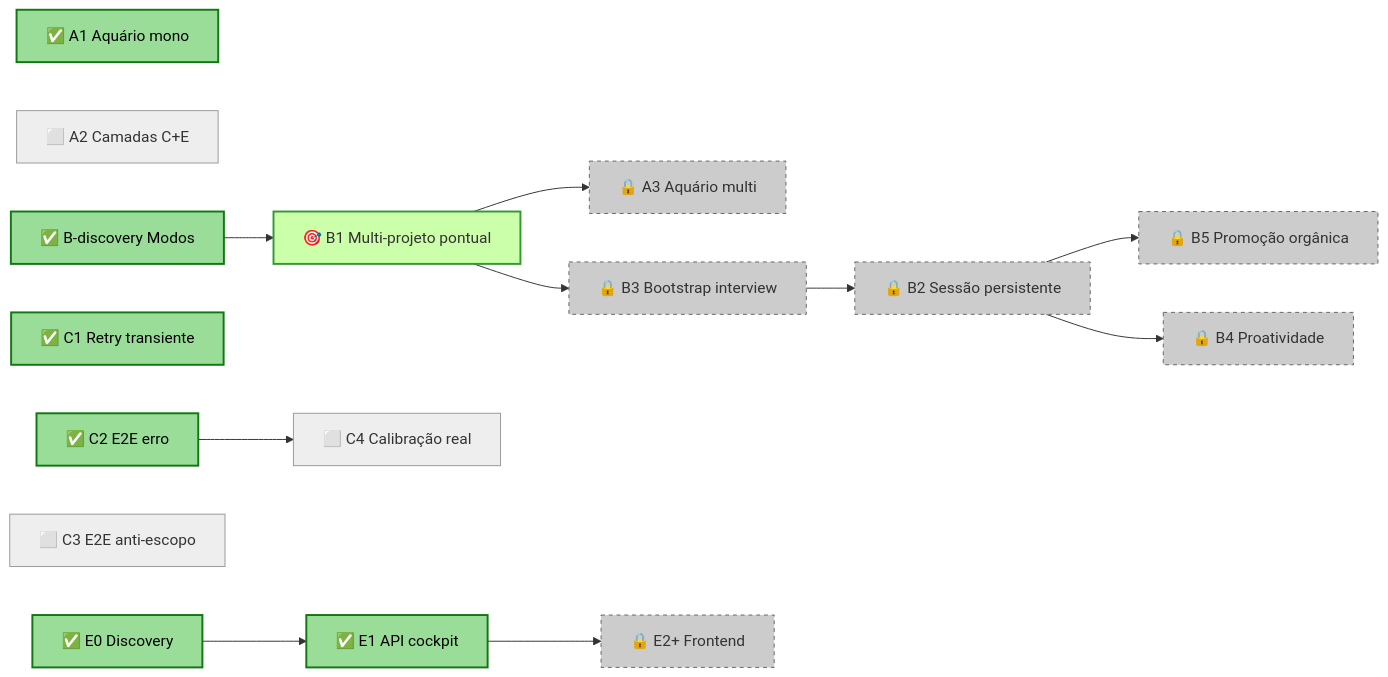
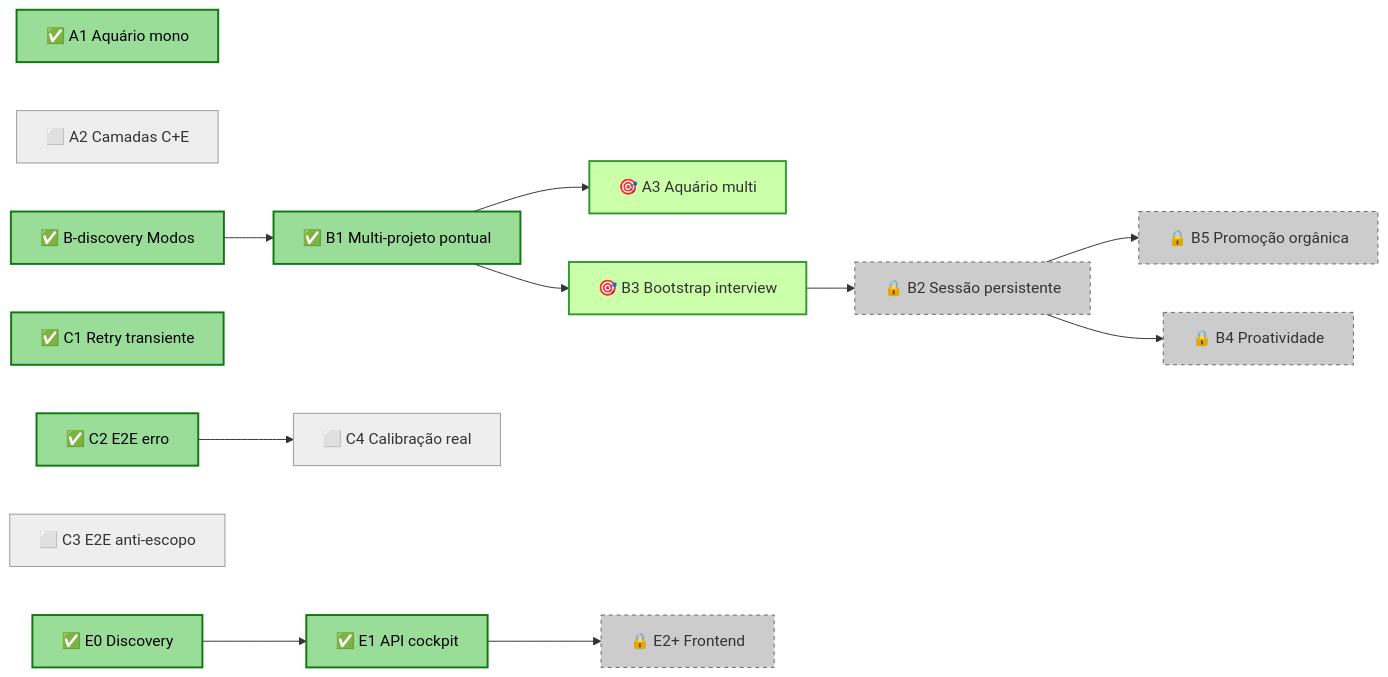
Before and after one commit to x-force-42/mmb-core: the fourth of 4 diagrams in docs/arvore.md, drawn with Mermaid. The commit also changed other lines of this file and 2 other files, not shown here.

First line of the commit message:
docs: marca B1 como fechado · MMB virou multi-projeto

````diff
--- a/docs/arvore.md
+++ b/docs/arvore.md
@@ -226,40 +235,40 @@
 ```mermaid
 flowchart LR
   classDef ready  fill:#cfa,stroke:#393,stroke-width:2px
   classDef done   fill:#9d9,stroke:#171,stroke-width:2px,color:#000
   classDef wip    fill:#ffe680,stroke:#cc9900,stroke-width:2px,color:#000
   classDef todo   fill:#eee,stroke:#999
   classDef locked fill:#ccc,stroke:#666,stroke-dasharray:4
 
   A1[✅ A1 Aquário mono]:::done
   A2[⬜ A2 Camadas C+E]:::todo
-  A3[🔒 A3 Aquário multi]:::locked
+  A3[🎯 A3 Aquário multi]:::ready
 
   Bd[✅ B-discovery Modos]:::done
-  B1[🎯 B1 Multi-projeto pontual]:::ready
-  B3[🔒 B3 Bootstrap interview]:::locked
+  B1[✅ B1 Multi-projeto pontual]:::done
+  B3[🎯 B3 Bootstrap interview]:::ready
   B2[🔒 B2 Sessão persistente]:::locked
   B5[🔒 B5 Promoção orgânica]:::locked
   B4[🔒 B4 Proatividade]:::locked
 
   Bd --> B1
   B1 --> B3
   B3 --> B2
   B2 --> B5
   B2 --> B4
 
   C1[✅ C1 Retry transiente]:::done
   C2[✅ C2 E2E erro]:::done
   C3[⬜ C3 E2E anti-escopo]:::todo
   C4[⬜ C4 Calibração real]:::todo
 
   E0[✅ E0 Discovery]:::done
   E1[✅ E1 API cockpit]:::done
   E2[🔒 E2+ Frontend]:::locked
 
   E0 --> E1
   E1 --> E2
 
   B1 --> A3
   C2 --> C4
 ```
````
